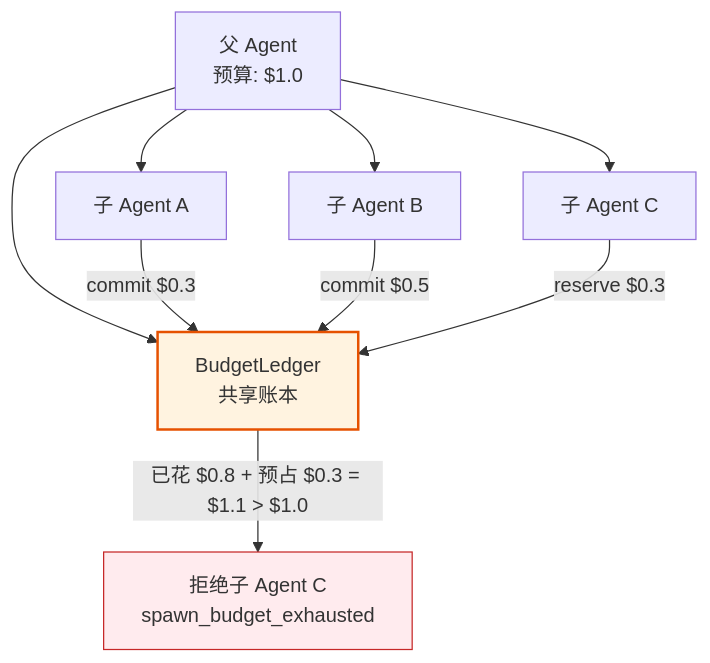
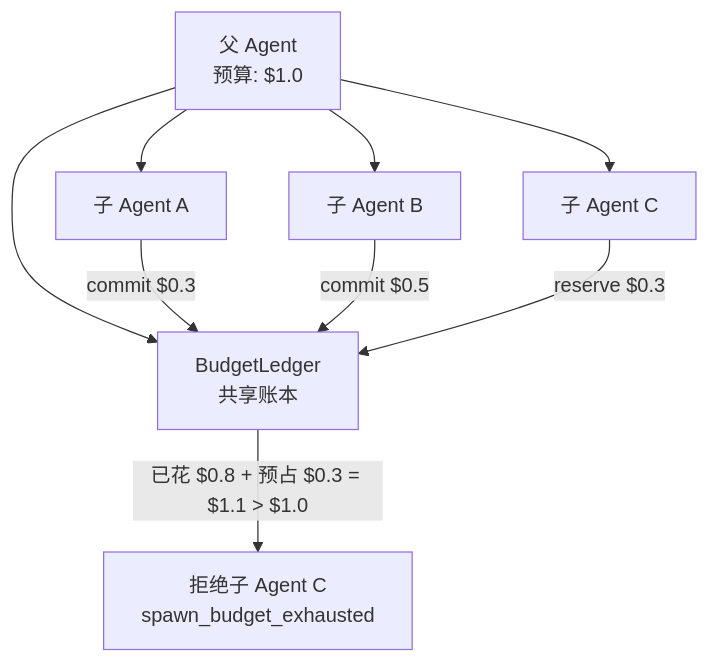
One commit to limenagent/prodagent changed the third of 3 diagrams in docs/topics/budget.md. Above: the diagram before and after it, drawn with Mermaid. The commit also changed other lines of this file and 113 other files, not shown here.

````diff
--- a/docs/topics/budget.md
+++ b/docs/topics/budget.md
@@ -155,16 +154,14 @@
 ```mermaid
 graph TD
     Parent["父 Agent<br/>预算: $1.0"] --> Ledger["BudgetLedger<br/>共享账本"]
     Parent --> Child1["子 Agent A"]
     Parent --> Child2["子 Agent B"]
     Parent --> Child3["子 Agent C"]
 
     Child1 -->|commit $0.3| Ledger
     Child2 -->|commit $0.5| Ledger
     Child3 -->|reserve $0.3| Ledger
 
     Ledger -->|已花 $0.8 + 预占 $0.3 = $1.1 > $1.0| REJECT["拒绝子 Agent C<br/>spawn_budget_exhausted"]
 
-    style Ledger fill:#fff3e0,stroke:#e65100,stroke-width:2px
-    style REJECT fill:#ffebee,stroke:#c62828
 ```
````
